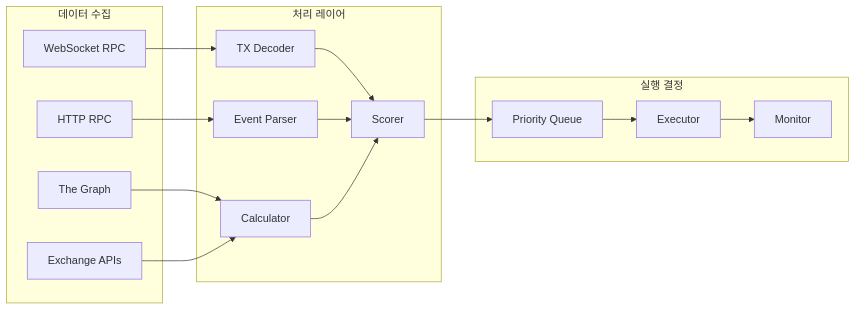
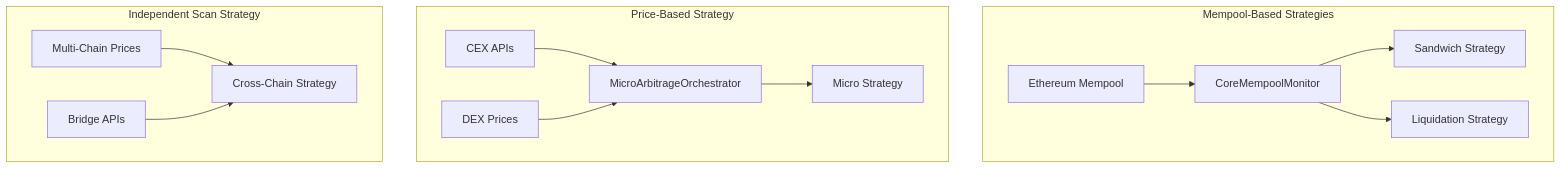
Before and after one commit to blockbit-hama/xCrack: the seventh of 10 diagrams in docs/architecture.md, drawn with Mermaid. The commit also changed other lines of this file and 62 other files, not shown here.

````diff
--- a/docs/architecture.md
+++ b/docs/architecture.md
@@ -288,35 +336,33 @@
 ```mermaid
-flowchart LR
-    subgraph "데이터 수집"
-        WS[WebSocket RPC]
-        HTTP[HTTP RPC]
-        GRAPH[The Graph]
-        API[Exchange APIs]
+graph TB
+    subgraph "Mempool-Based Strategies"
+        MEMPOOL[Ethereum Mempool]
+        CMM[CoreMempoolMonitor]
+        SAND[Sandwich Strategy]
+        LIQ[Liquidation Strategy]
+        
+        MEMPOOL --> CMM
+        CMM --> SAND
+        CMM --> LIQ
     end
     
-    subgraph "처리 레이어"
-        DECODE[TX Decoder]
-        PARSE[Event Parser]
-        CALC[Calculator]
-        SCORE[Scorer]
+    subgraph "Price-Based Strategy"
+        CEX[CEX APIs]
+        DEX[DEX Prices]
+        MAO[MicroArbitrageOrchestrator]
+        MICRO[Micro Strategy]
+        
+        CEX --> MAO
+        DEX --> MAO
+        MAO --> MICRO
     end
     
-    subgraph "실행 결정"
-        QUEUE[Priority Queue]
-        EXEC[Executor]
-        MON[Monitor]
+    subgraph "Independent Scan Strategy"
+        MULTI[Multi-Chain Prices]
+        BRIDGE[Bridge APIs]
+        CROSS[Cross-Chain Strategy]
+        
+        MULTI --> CROSS
+        BRIDGE --> CROSS
     end
-    
-    WS --> DECODE
-    HTTP --> PARSE
-    GRAPH --> CALC
-    API --> CALC
-    
-    DECODE --> SCORE
-    PARSE --> SCORE
-    CALC --> SCORE
-    
-    SCORE --> QUEUE
-    QUEUE --> EXEC
-    EXEC --> MON
 ```
````
